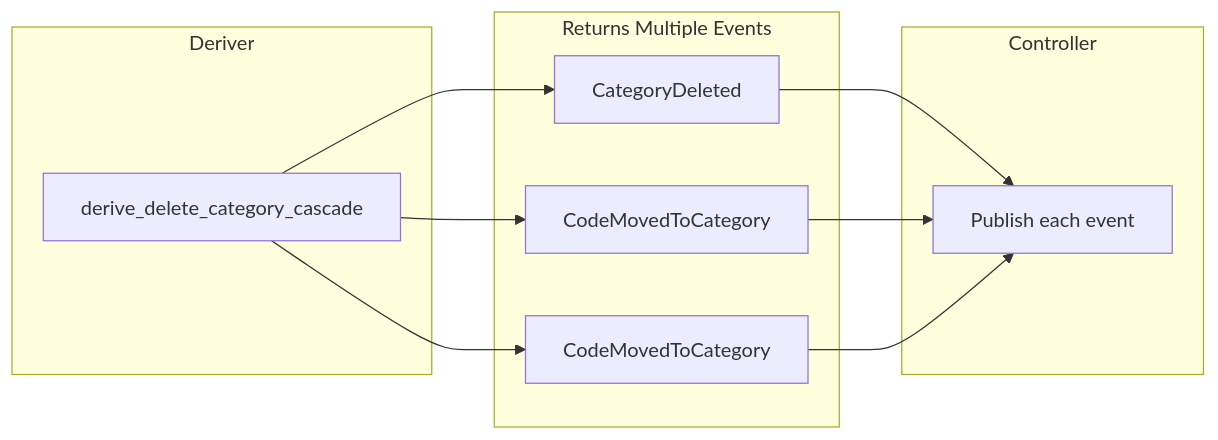
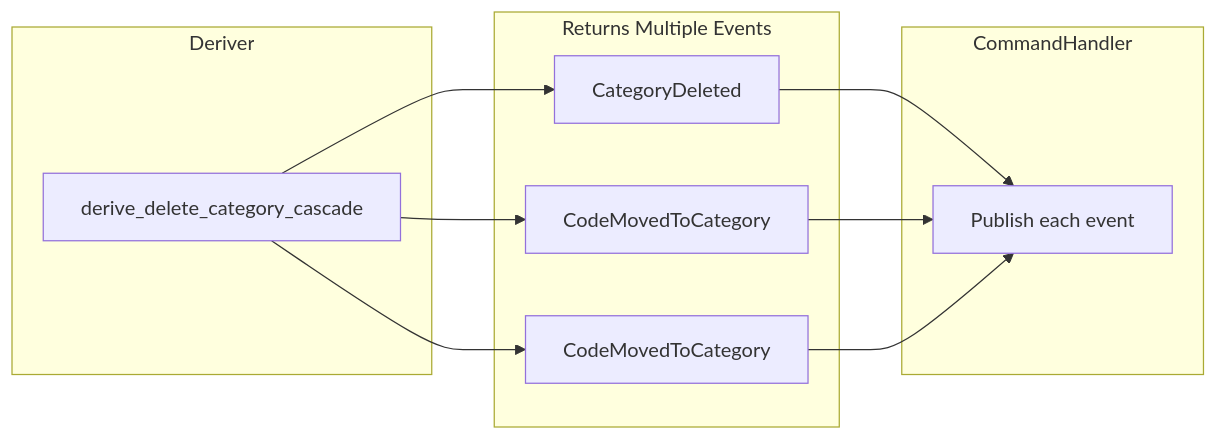
One commit to scope-impact/QualCoder-v2 changed the third of 5 diagrams in docs/tutorials/appendices/A-common-patterns.md. Above: the diagram before and after it, drawn with Mermaid. The commit also changed other lines of this file and 9 other files, not shown here.

First line of the commit message:
docs(tutorials): align with vertical slice architecture

````diff
--- a/docs/tutorials/appendices/A-common-patterns.md
+++ b/docs/tutorials/appendices/A-common-patterns.md
@@ -146,23 +146,23 @@
 ```mermaid
 flowchart LR
     subgraph Deriver
         D[derive_delete_category_cascade]
     end
 
     subgraph Events ["Returns Multiple Events"]
         E1[CategoryDeleted]
         E2[CodeMovedToCategory]
         E3[CodeMovedToCategory]
     end
 
-    subgraph Controller
+    subgraph CommandHandler
         C[Publish each event]
     end
 
     D --> E1
     D --> E2
     D --> E3
     E1 --> C
     E2 --> C
     E3 --> C
 ```
````
